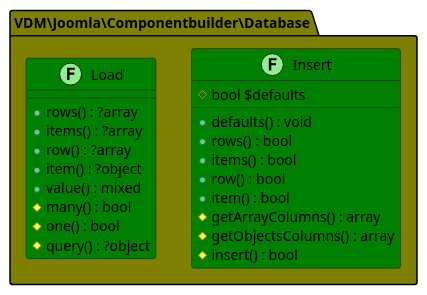
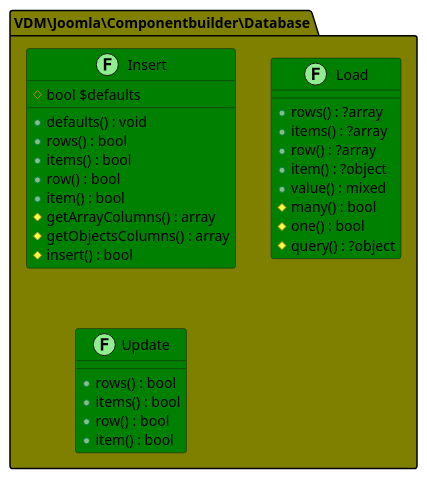
Before and after one commit to joomengine/super-powers: the fourth of 8 diagrams in README.md, drawn with PlantUML. The commit also changed other lines of this file and 9 other files, not shown here.

````diff
--- a/README.md
+++ b/README.md
@@ -280,33 +281,40 @@
 ```uml
 @startuml
 
 namespace VDM\Joomla\Componentbuilder\Database #Olive {
 
 
   class Insert << (F,LightGreen) >> #Green {
     # bool $defaults
     + defaults() : void
     + rows() : bool
     + items() : bool
     + row() : bool
     + item() : bool
     # getArrayColumns() : array
     # getObjectsColumns() : array
     # insert() : bool
   }
 
   class Load << (F,LightGreen) >> #Green {
     + rows() : ?array
     + items() : ?array
     + row() : ?array
     + item() : ?object
     + value() : mixed
     # many() : bool
     # one() : bool
     # query() : ?object
   }
+
+  class Update << (F,LightGreen) >> #Green {
+    + rows() : bool
+    + items() : bool
+    + row() : bool
+    + item() : bool
+  }
 }
 
 
 @enduml
 ```
````
